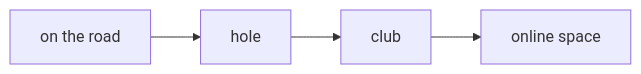
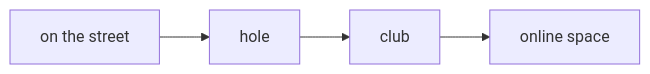
The third of 3 diagrams in en/_posts/2026-02-06-column-music-urban-space.md (monumental-movement/monumental-movement.github.io), drawn with Mermaid before and after one commit. The commit also changed other lines of this file and 419 other files, not shown here.

```diff
--- a/en/_posts/2026-02-06-column-music-urban-space.md
+++ b/en/_posts/2026-02-06-column-music-urban-space.md
@@ -213,6 +213,6 @@
 <div class="mermaid">
 flowchart LR
-A[on the road] --> B[hole]
+A[on the street] --> B[hole]
 B --> C[club]
 C --> D[online space]
 </div>
```
